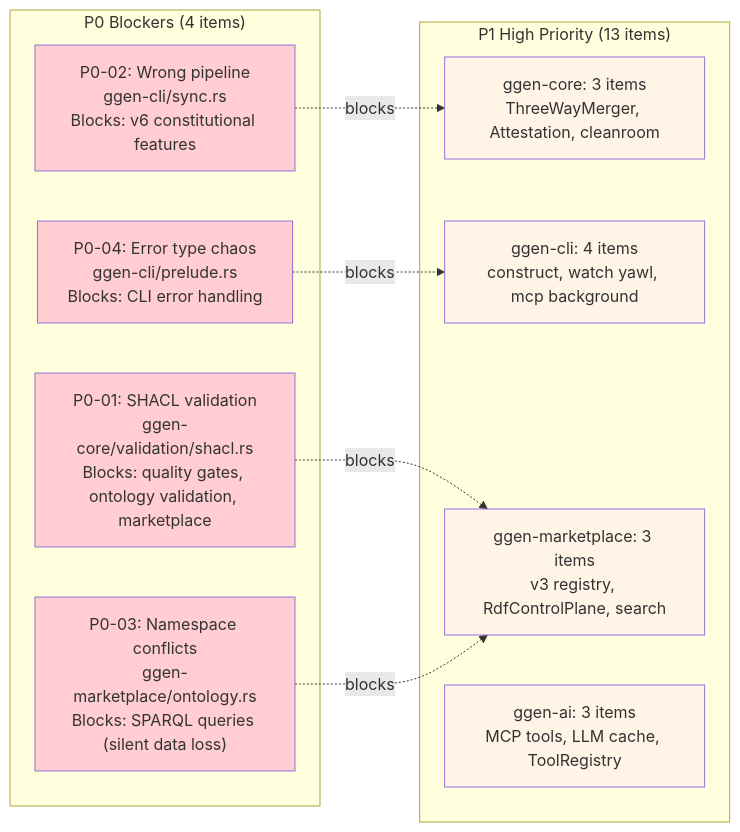
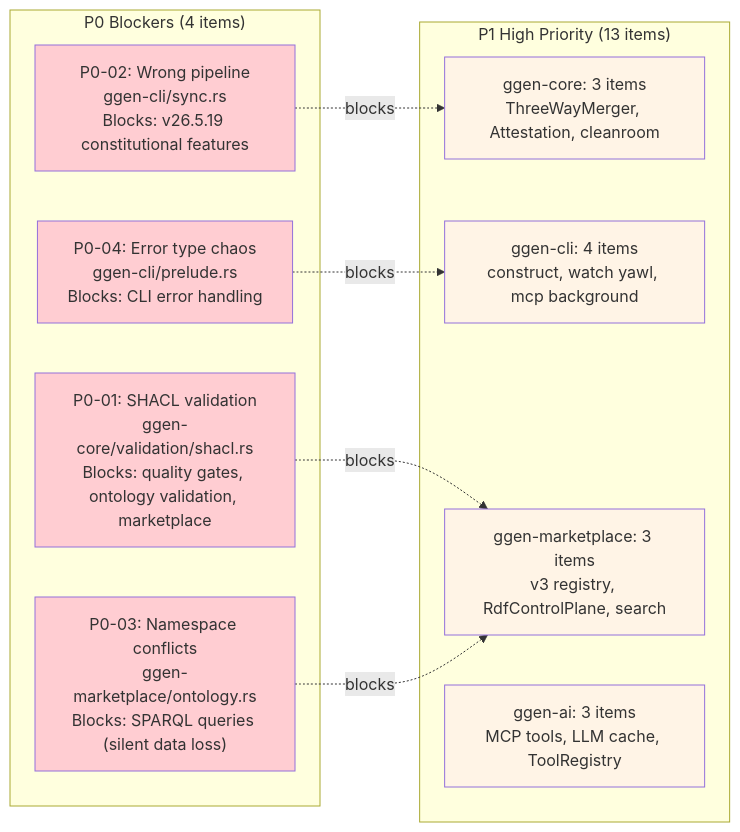
The second of 6 diagrams in docs/crate-audits/AUDIT_DASHBOARD.md (seanchatmangpt/ggen), drawn with Mermaid before and after one commit. The commit also changed 269 other files, not shown here.

Commit message:
refactor(cli): remove redundant template generation commands in favor of ggen sync

````diff
--- a/docs/crate-audits/AUDIT_DASHBOARD.md
+++ b/docs/crate-audits/AUDIT_DASHBOARD.md
@@ -92,30 +92,30 @@
 ```mermaid
 flowchart LR
     subgraph P0["P0 Blockers (4 items)"]
         P0_1["P0-01: SHACL validation<br/>ggen-core/validation/shacl.rs<br/>Blocks: quality gates, ontology validation, marketplace"]
-        P0_2["P0-02: Wrong pipeline<br/>ggen-cli/sync.rs<br/>Blocks: v6 constitutional features"]
+        P0_2["P0-02: Wrong pipeline<br/>ggen-cli/sync.rs<br/>Blocks: v26.5.19 constitutional features"]
         P0_3["P0-03: Namespace conflicts<br/>ggen-marketplace/ontology.rs<br/>Blocks: SPARQL queries (silent data loss)"]
         P0_4["P0-04: Error type chaos<br/>ggen-cli/prelude.rs<br/>Blocks: CLI error handling"]
     end
 
     subgraph P1["P1 High Priority (13 items)"]
         P1_CORE["ggen-core: 3 items<br/>ThreeWayMerger, Attestation, cleanroom"]
         P1_CLI["ggen-cli: 4 items<br/>construct, watch yawl, mcp background"]
         P1_MKT["ggen-marketplace: 3 items<br/>v3 registry, RdfControlPlane, search"]
         P1_AI["ggen-ai: 3 items<br/>MCP tools, LLM cache, ToolRegistry"]
     end
 
     P0_1 -.->|blocks| P1_MKT
     P0_2 -.->|blocks| P1_CORE
     P0_3 -.->|blocks| P1_MKT
     P0_4 -.->|blocks| P1_CLI
 
     style P0_1 fill:#ffcdd2
     style P0_2 fill:#ffcdd2
     style P0_3 fill:#ffcdd2
     style P0_4 fill:#ffcdd2
     style P1_CORE fill:#fff4e6
     style P1_CLI fill:#fff4e6
     style P1_MKT fill:#fff4e6
     style P1_AI fill:#fff4e6
 ```
````
